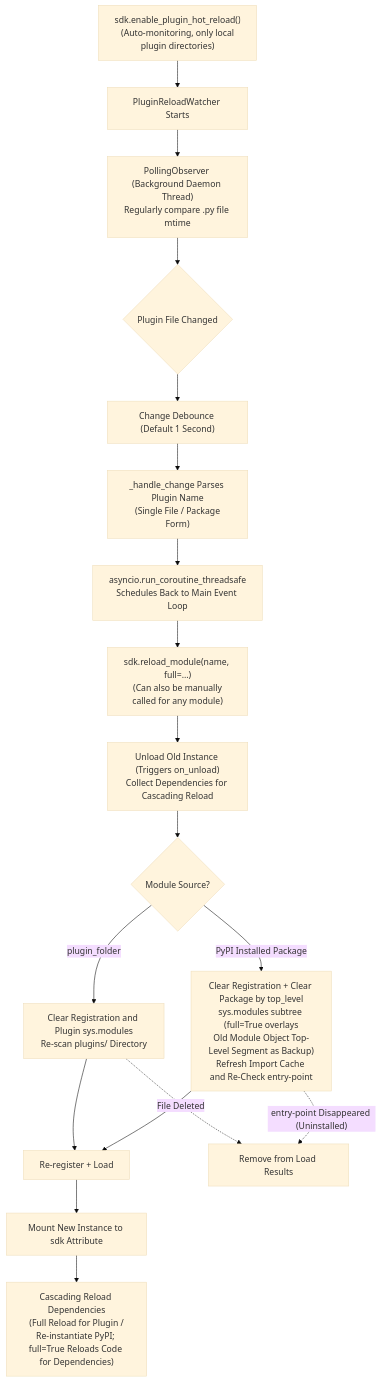
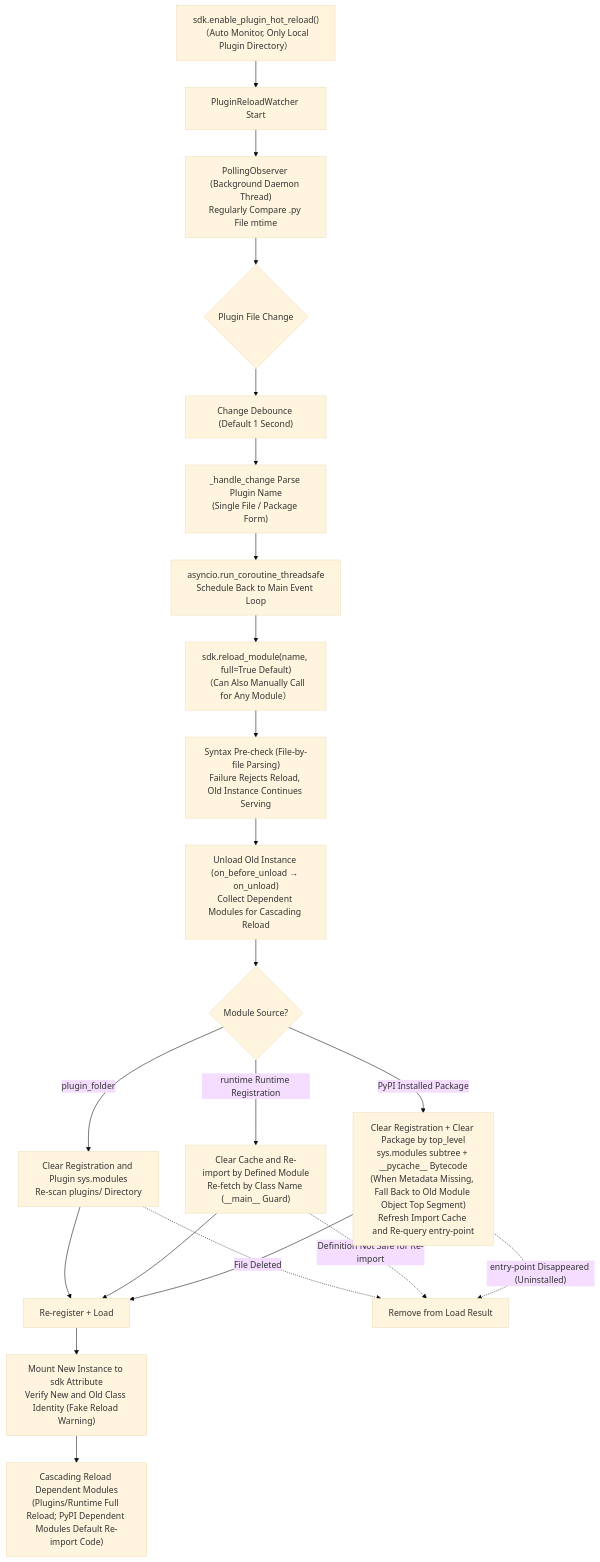
The ninth of 10 diagrams in docs/en/architecture.md (ErisPulse/ErisPulse), drawn with Mermaid (base theme) before and after one commit. The commit also changed other lines of this file and 83 other files, not shown here.

````diff
--- a/docs/en/architecture.md
+++ b/docs/en/architecture.md
@@ -283,20 +283,24 @@
 ```mermaid
 flowchart TD
-    A["sdk.enable_plugin_hot_reload()<br/> (Auto-monitoring, only local plugin directories)"] --> B["PluginReloadWatcher Starts"]
-    B --> C["PollingObserver (Background Daemon Thread)<br/>Regularly compare .py file mtime"]
-    C --> D{"Plugin File Changed"}
+    A["sdk.enable_plugin_hot_reload()<br/>（Auto Monitor, Only Local Plugin Directory）"] --> B["PluginReloadWatcher Start"]
+    B --> C["PollingObserver (Background Daemon Thread)<br/>Regularly Compare .py File mtime"]
+    C --> D{"Plugin File Change"}
     D --> E["Change Debounce (Default 1 Second)"]
-    E --> F["_handle_change Parses Plugin Name<br/> (Single File / Package Form)"]
-    F --> G["asyncio.run_coroutine_threadsafe<br/>Schedules Back to Main Event Loop"]
-    G --> H["sdk.reload_module(name, full=…)<br/> (Can also be manually called for any module)"]
-    H --> I["Unload Old Instance (Triggers on_unload)<br/>Collect Dependencies for Cascading Reload"]
-    I --> J{"Module Source?"}
-    J -->|"plugin_folder"| K["Clear Registration and Plugin sys.modules<br/>Re-scan plugins/ Directory"]
-    J -->|"PyPI Installed Package"| L["Clear Registration + Clear Package by top_level<br/>sys.modules subtree (full=True overlays<br/>Old Module Object Top-Level Segment as Backup)<br/>Refresh Import Cache and Re-Check entry-point"]
-    K --> M["Re-register + Load"]
-    L --> M
-    M --> N["Mount New Instance to sdk Attribute"]
-    N --> O["Cascading Reload Dependencies<br/> (Full Reload for Plugin / Re-instantiate PyPI; <br/>full=True Reloads Code for Dependencies)"]
-    K -.->|"File Deleted"| P["Remove from Load Results"]
-    L -.->|"entry-point Disappeared (Uninstalled)"| P
+    E --> F["_handle_change Parse Plugin Name<br/>(Single File / Package Form)"]
+    F --> G["asyncio.run_coroutine_threadsafe<br/>Schedule Back to Main Event Loop"]
+    G --> H["sdk.reload_module(name, full=True Default)<br/>（Can Also Manually Call for Any Module）"]
+    H --> I["Syntax Pre-check (File-by-file Parsing)<br/>Failure Rejects Reload, Old Instance Continues Serving"]
+    I --> J["Unload Old Instance (on_before_unload → on_unload)<br/>Collect Dependent Modules for Cascading Reload"]
+    J --> K{"Module Source?"}
+    K -->|"plugin_folder"| L["Clear Registration and Plugin sys.modules<br/>Re-scan plugins/ Directory"]
+    K -->|"runtime Runtime Registration"| M["Clear Cache and Re-import by Defined Module<br/>Re-fetch by Class Name (__main__ Guard)"]
+    K -->|"PyPI Installed Package"| N["Clear Registration + Clear Package by top_level<br/>sys.modules subtree + __pycache__ Bytecode<br/>(When Metadata Missing, Fall Back to Old Module Object Top Segment)<br/>Refresh Import Cache and Re-query entry-point"]
+    L --> O["Re-register + Load"]
+    M --> O
+    N --> O
+    O --> P["Mount New Instance to sdk Attribute<br/>Verify New and Old Class Identity (Fake Reload Warning)"]
+    P --> Q["Cascading Reload Dependent Modules<br/>(Plugins/Runtime Full Reload; PyPI Dependent Modules Default Re-import Code)"]
+    L -.->|"File Deleted"| R["Remove from Load Result"]
+    M -.->|"Definition Not Safe for Re-import"| R
+    N -.->|"entry-point Disappeared (Uninstalled)"| R
 ```
````
